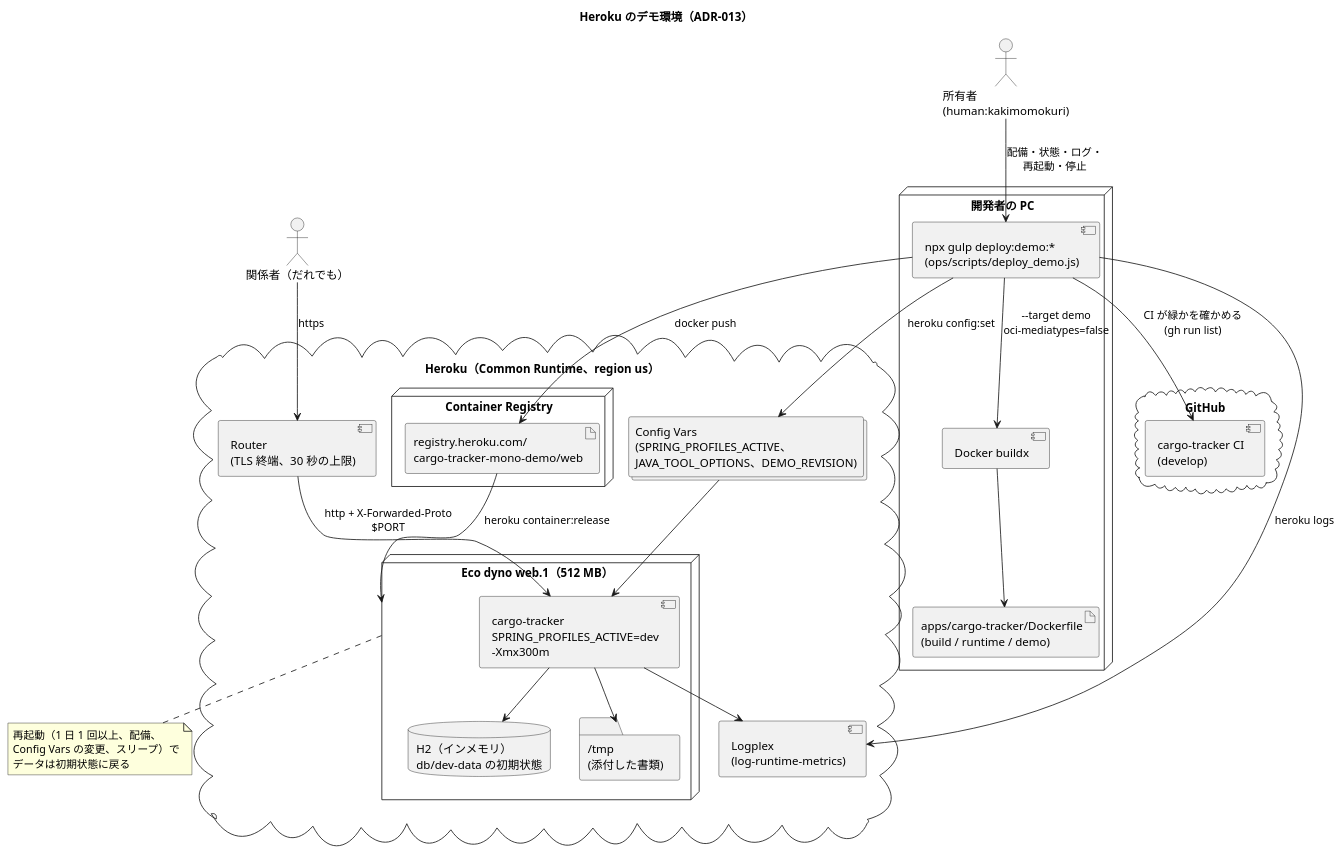
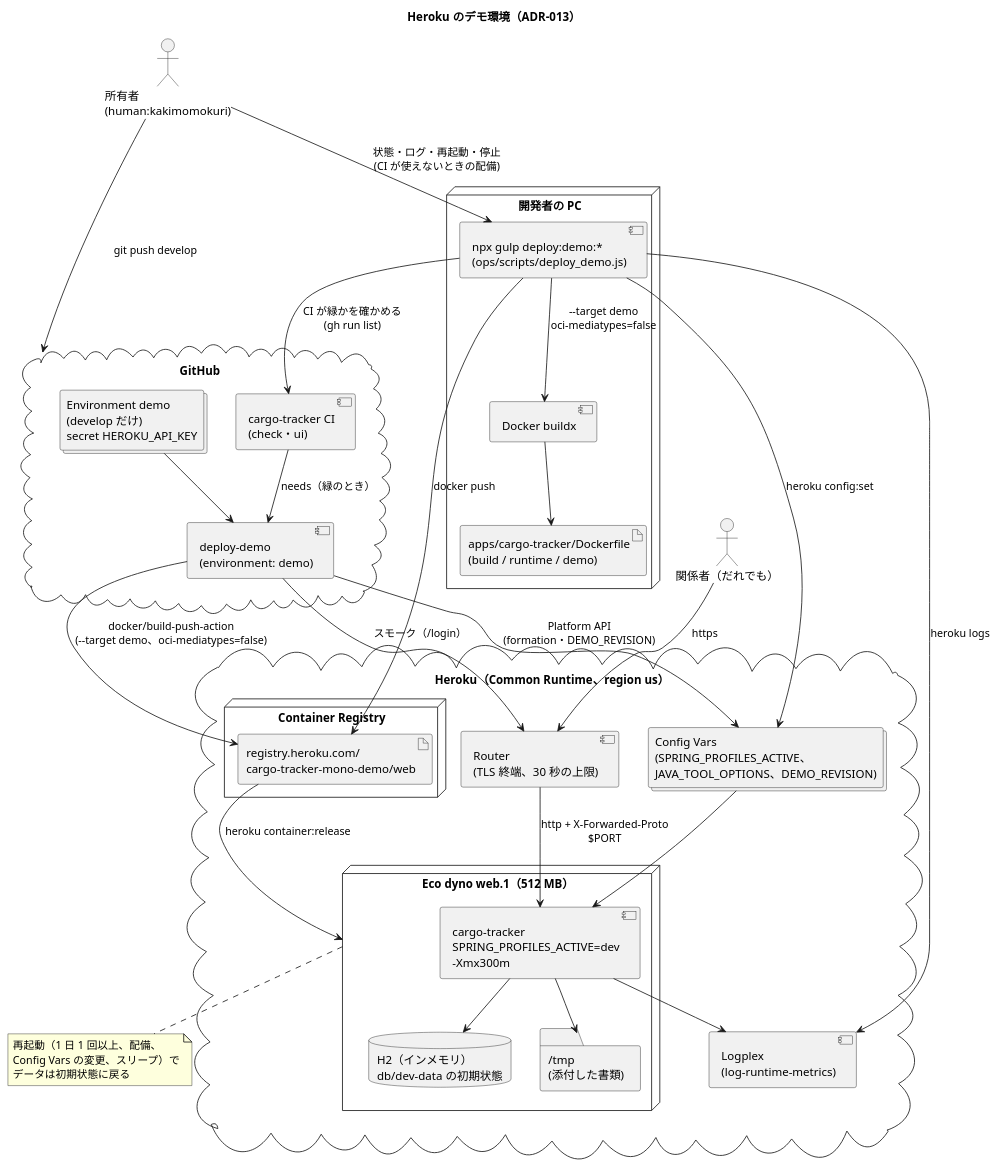
One commit to k2works/practical-domain-driven-design-in-enterpris-application changed the first of 2 diagrams in docs/operation/cargo-tracker/heroku_demo_setup.md. Above: the diagram before and after it, drawn with PlantUML. The commit also changed other lines of this file and 3 other files, not shown here.

````diff
--- a/docs/operation/cargo-tracker/heroku_demo_setup.md
+++ b/docs/operation/cargo-tracker/heroku_demo_setup.md
@@ -35,53 +35,61 @@
 ```plantuml
 @startuml
 title Heroku のデモ環境（ADR-013）
 
 actor "関係者（だれでも）" as visitor
 actor "所有者\n(human:kakimomokuri)" as owner
 
 node "開発者の PC" as pc {
   component "npx gulp deploy:demo:*\n(ops/scripts/deploy_demo.js)" as gulp
   artifact "apps/cargo-tracker/Dockerfile\n(build / runtime / demo)" as dockerfile
   component "Docker buildx" as buildx
 }
 
 cloud "GitHub" as github {
-  component "cargo-tracker CI\n(develop)" as ci
+  component "cargo-tracker CI\n(check・ui)" as ci
+  component "deploy-demo\n(environment: demo)" as deploy
+  collections "Environment demo\n(develop だけ)\nsecret HEROKU_API_KEY" as env
 }
 
 cloud "Heroku（Common Runtime、region us）" as heroku {
   node "Container Registry" as registry {
     artifact "registry.heroku.com/\ncargo-tracker-mono-demo/web" as image
   }
   component "Router\n(TLS 終端、30 秒の上限)" as router
   node "Eco dyno web.1（512 MB）" as dyno {
     component "cargo-tracker\nSPRING_PROFILES_ACTIVE=dev\n-Xmx300m" as app
     database "H2（インメモリ）\ndb/dev-data の初期状態" as h2
     folder "/tmp\n(添付した書類)" as tmp
   }
   collections "Config Vars\n(SPRING_PROFILES_ACTIVE、\nJAVA_TOOL_OPTIONS、DEMO_REVISION)" as config
   component "Logplex\n(log-runtime-metrics)" as logs
 }
 
-owner --> gulp : 配備・状態・ログ・\n再起動・停止
+owner --> github : git push develop
+ci --> deploy : needs（緑のとき）
+env --> deploy
+deploy --> image : docker/build-push-action\n(--target demo、oci-mediatypes=false)
+deploy --> config : Platform API\n(formation・DEMO_REVISION)
+deploy --> router : スモーク（/login）
+owner --> gulp : 状態・ログ・再起動・停止\n(CI が使えないときの配備)
 gulp --> ci : CI が緑かを確かめる\n(gh run list)
 gulp --> buildx : --target demo\noci-mediatypes=false
 buildx --> dockerfile
 gulp --> image : docker push
 gulp --> config : heroku config:set
 image --> dyno : heroku container:release
 config --> app
 visitor --> router : https
 router --> app : http + X-Forwarded-Proto\n$PORT
 app --> h2
 app --> tmp
 app --> logs
 gulp --> logs : heroku logs
 
 note bottom of dyno
   再起動（1 日 1 回以上、配備、
   Config Vars の変更、スリープ）で
   データは初期状態に戻る
 end note
 @enduml
 ```
````
